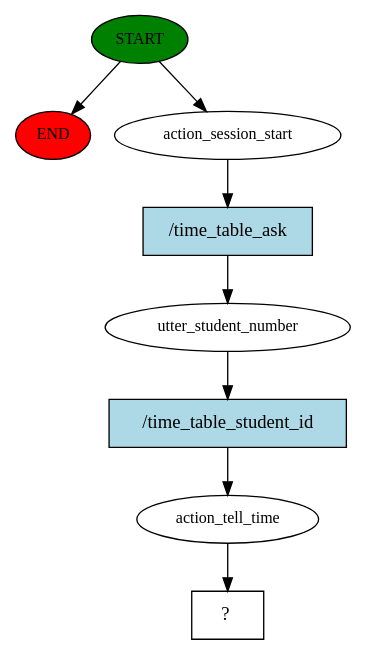
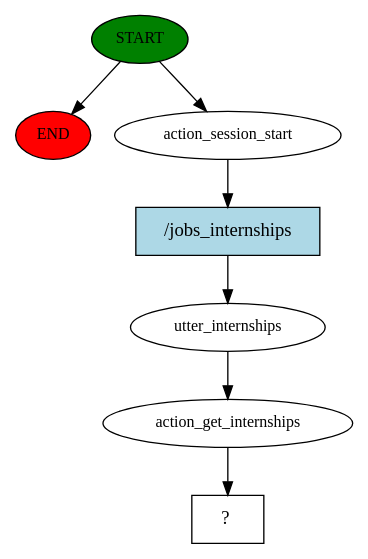
Before and after one commit to maddy-codes/chatty: the diagram in best/story_graph.dot, drawn with Graphviz. The commit also changed 42 other files, not shown here.

```diff
--- a/best/story_graph.dot
+++ b/best/story_graph.dot
@@ -1,17 +1,15 @@
 digraph  {
 0 [class="start active", fillcolor=green, fontsize=12, label=START, style=filled];
 "-1" [class=end, fillcolor=red, fontsize=12, label=END, style=filled];
 1 [class=active, fontsize=12, label=action_session_start];
-2 [class=active, fontsize=12, label=utter_student_number];
-3 [class=active, fontsize=12, label=action_tell_time];
+2 [class=active, fontsize=12, label=utter_internships];
+3 [class=active, fontsize=12, label=action_get_internships];
 4 [class="intent dashed active", label="  ?  ", shape=rect];
-5 [class="intent active", fillcolor=lightblue, label="/time_table_ask", shape=rect, style=filled];
-6 [class="intent active", fillcolor=lightblue, label="/time_table_student_id", shape=rect, style=filled];
+5 [class="intent active", fillcolor=lightblue, label="/jobs_internships", shape=rect, style=filled];
 0 -> "-1"  [class="", key=NONE, label=""];
 0 -> 1  [class=active, key=NONE, label=""];
 1 -> 5  [class=active, key=0];
-2 -> 6  [class=active, key=0];
+2 -> 3  [class=active, key=NONE, label=""];
 3 -> 4  [class=active, key=NONE, label=""];
 5 -> 2  [class=active, key=0];
-6 -> 3  [class=active, key=0];
 }
```
